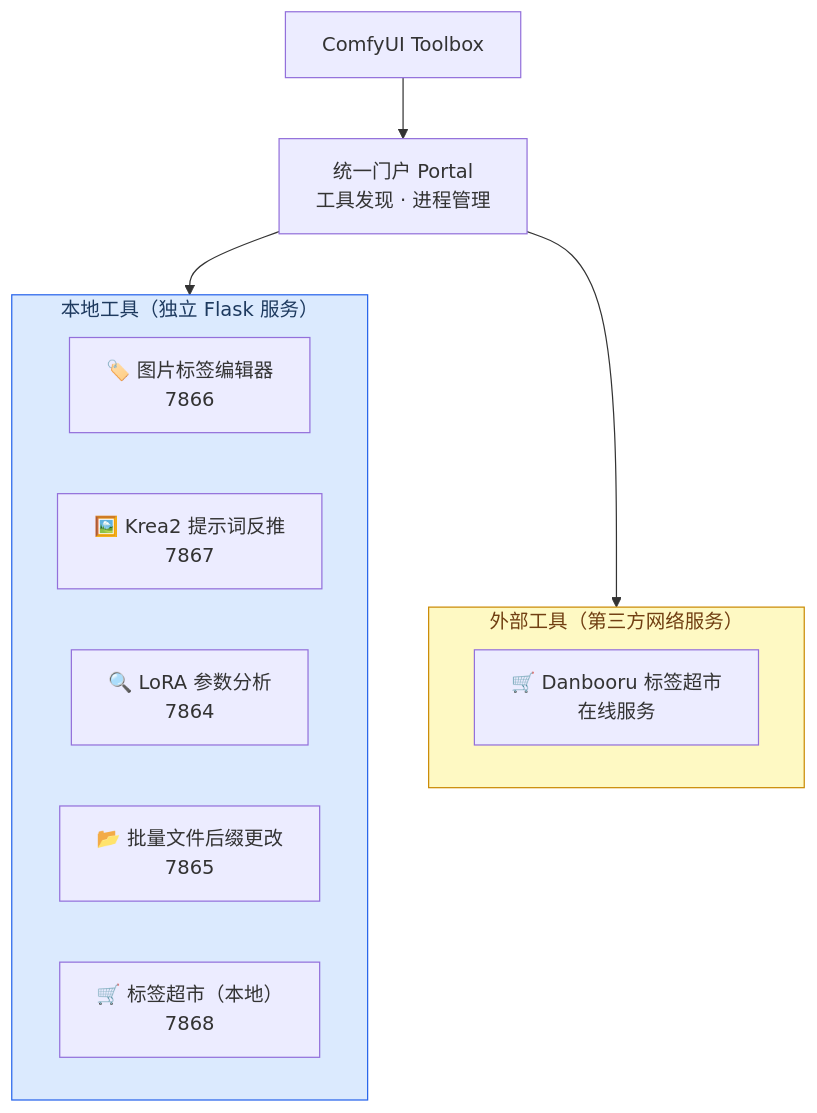
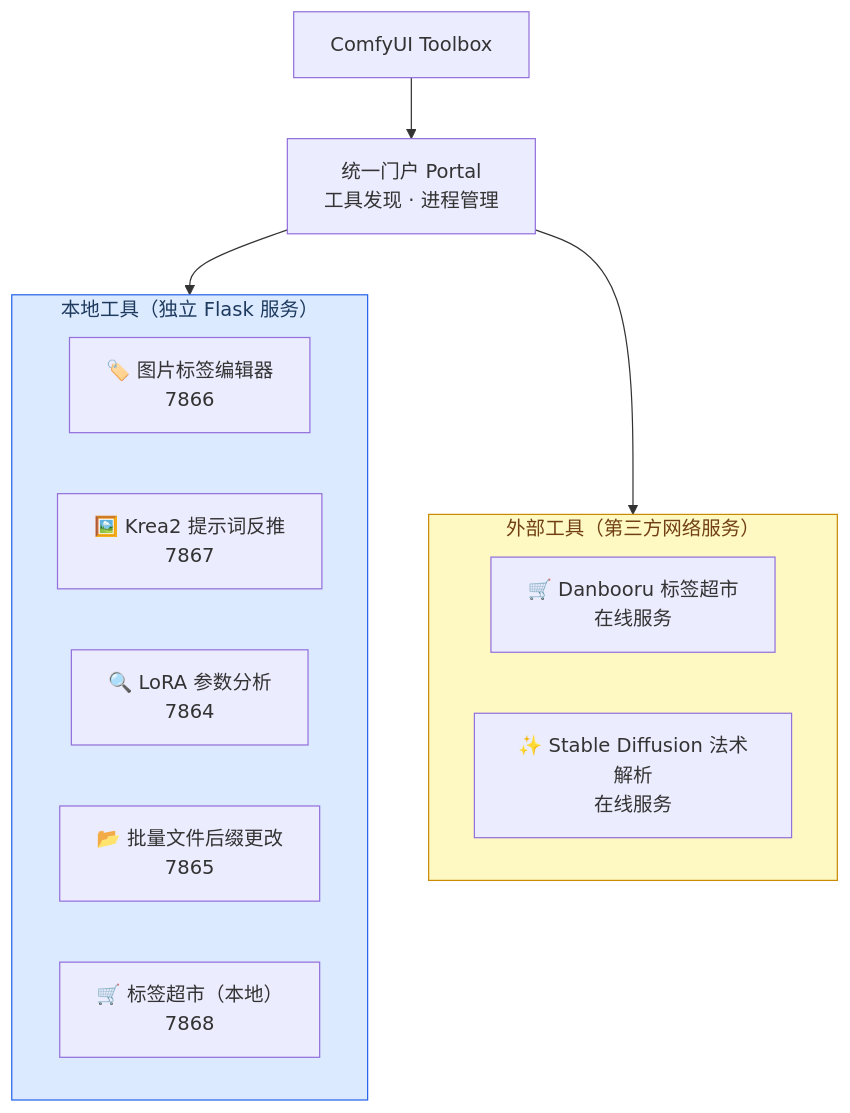
Before and after one commit to kkmlimingfeng/ComfyuiToolBox: the diagram in README.md, drawn with Mermaid. The commit also changed other lines of this file and 1 other file, not shown here.

````diff
--- a/README.md
+++ b/README.md
@@ -20,29 +20,30 @@
 ```mermaid
 flowchart TB
     accTitle: ComfyUI Toolbox Architecture
     accDescr: The unified portal discovers and manages independent tools, grouped into local tools and external web-based tools.
 
     root["ComfyUI Toolbox"] --> portal["统一门户 Portal<br/>工具发现 · 进程管理"]
 
     portal --> local
     portal --> external
 
     subgraph local["本地工具（独立 Flask 服务）"]
         direction LR
         editor["🏷️ 图片标签编辑器<br/>7866"]
         img2prompt["🖼️ Krea2 提示词反推<br/>7867"]
         lora["🔍 LoRA 参数分析<br/>7864"]
         renamer["📂 批量文件后缀更改<br/>7865"]
         shop["🛒 标签超市（本地）<br/>7868"]
     end
 
     subgraph external["外部工具（第三方网络服务）"]
         direction LR
         danbooru["🛒 Danbooru 标签超市<br/>在线服务"]
+        spell["✨ Stable Diffusion 法术解析<br/>在线服务"]
     end
 
     classDef localbox fill:#dbeafe,stroke:#2563eb,color:#1e3a5f
     classDef externalbox fill:#fef9c3,stroke:#ca8a04,color:#713f12
     class local localbox
     class external externalbox
 ```
````
